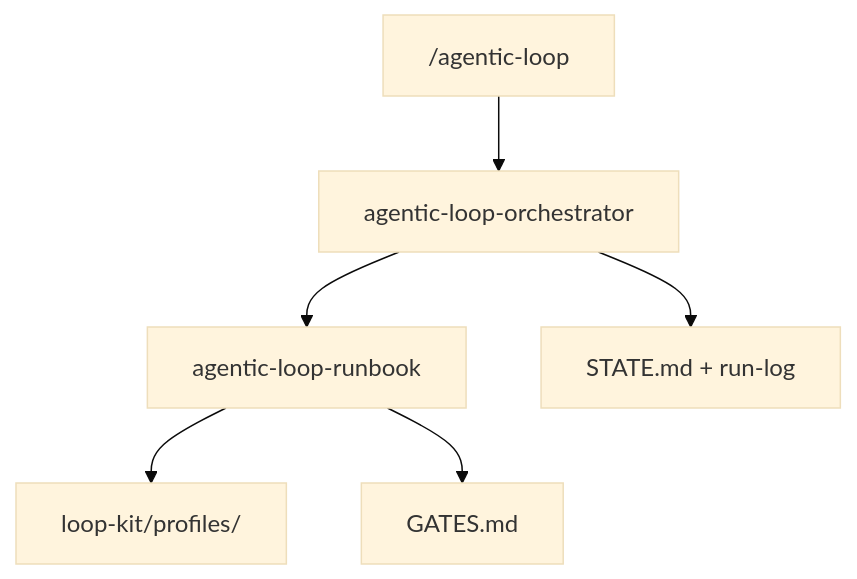
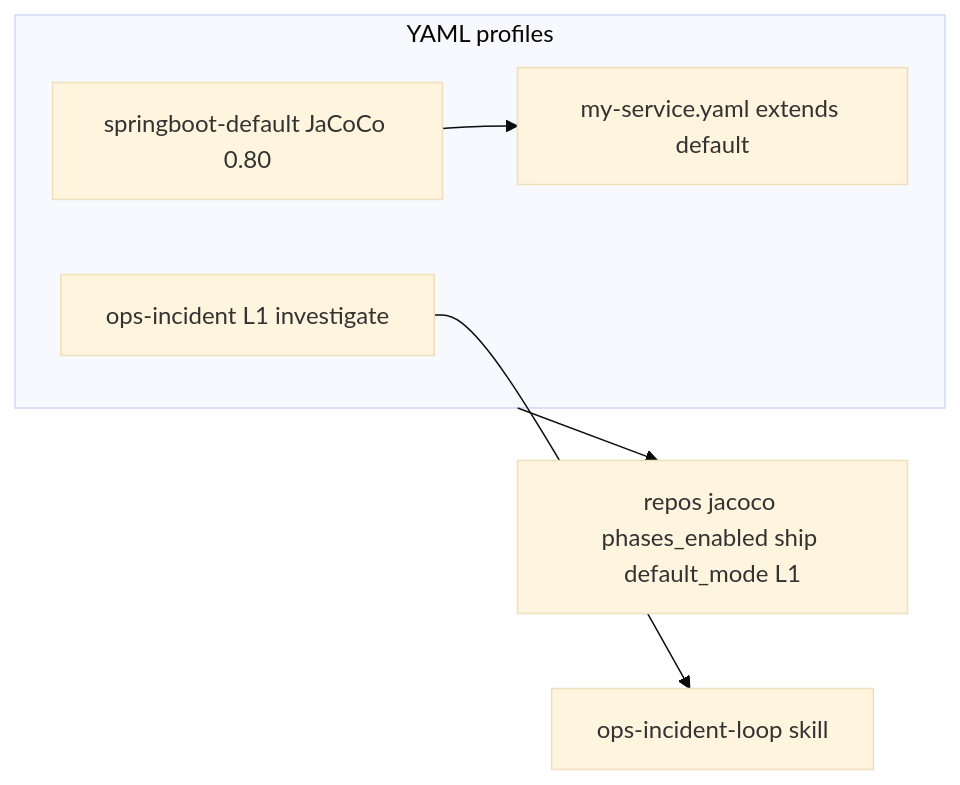
One commit to pallerana/agentic-loop-engineering-kit changed the fifth of 7 diagrams in README.md. Above: the diagram before and after it, drawn with Mermaid (base theme). The commit also changed other lines of this file and 8 other files, not shown here.

````diff
--- a/README.md
+++ b/README.md
@@ -203,8 +407,11 @@
 ```mermaid
-flowchart TB
-  CMD["/agentic-loop"] --> ORCH["agentic-loop-orchestrator"]
-  ORCH --> RUNBOOK["agentic-loop-runbook"]
-  RUNBOOK --> PROFILES["loop-kit/profiles/"]
-  RUNBOOK --> GATES["GATES.md"]
-  ORCH --> STATE["STATE.md + run-log"]
+flowchart LR
+  subgraph profiles [YAML profiles]
+    DEFAULT["springboot-default JaCoCo 0.80"]
+    OPS["ops-incident L1 investigate"]
+    CUSTOM["my-service.yaml extends default"]
+  end
+  DEFAULT --> CUSTOM
+  OPS --> OPSSKILL["ops-incident-loop skill"]
+  profiles --> REPOS["repos jacoco phases_enabled ship default_mode L1"]
 ```
````
